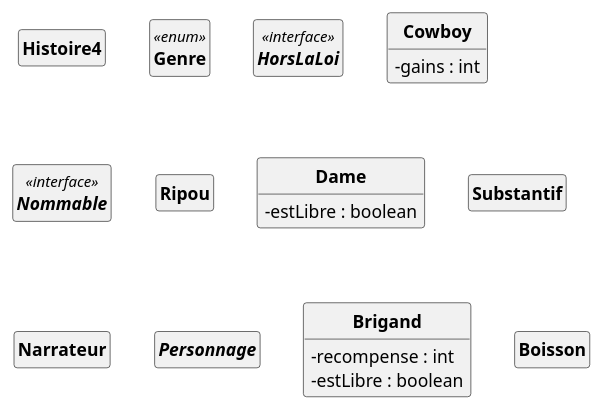
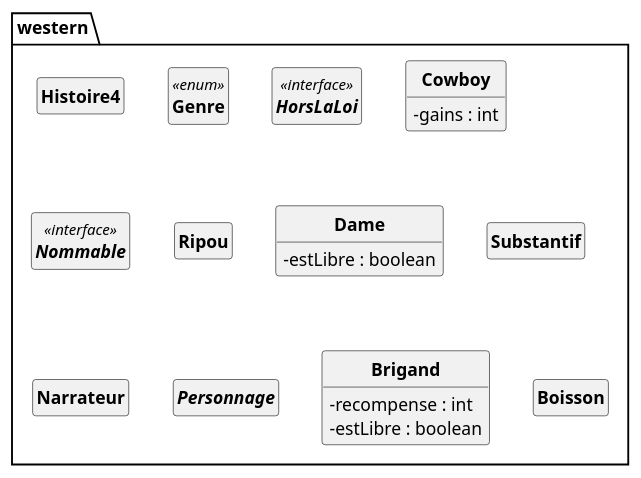
One commit to yassinkioua/Projet-PumlFromJava changed the diagram in uml/westernDCA.puml. Above: the diagram before and after it, drawn with PlantUML. The commit also changed 1 other file, not shown here.

Commit message:
ajout du package dans le DCA

```diff
--- a/uml/westernDCA.puml
+++ b/uml/westernDCA.puml
@@ -1,47 +1,49 @@
 @startuml
 'https://plantuml.com/class-diagram 
  skinparam classAttributeIconSize 0 
 skinparam classFontStyle Bold
 skinparam style strictuml
 hide empty members
+package western{ 
 class Histoire4{ 
 
  } 
 enum Genre <<enum>> { 
 
  } 
 interface HorsLaLoi <<interface>> { 
 
  } 
 class Cowboy{ 
 - gains : int
 
  } 
 interface Nommable <<interface>> { 
 
  } 
 class Ripou{ 
 
  } 
 class Dame{ 
 - estLibre : boolean
 
  } 
 class Substantif{ 
 
  } 
 class Narrateur{ 
 
  } 
 abstract class Personnage{ 
 
  } 
 class Brigand{ 
 - recompense : int
 - estLibre : boolean
 
  } 
 class Boisson{ 
 
  } 
+}
 @enduml
```
